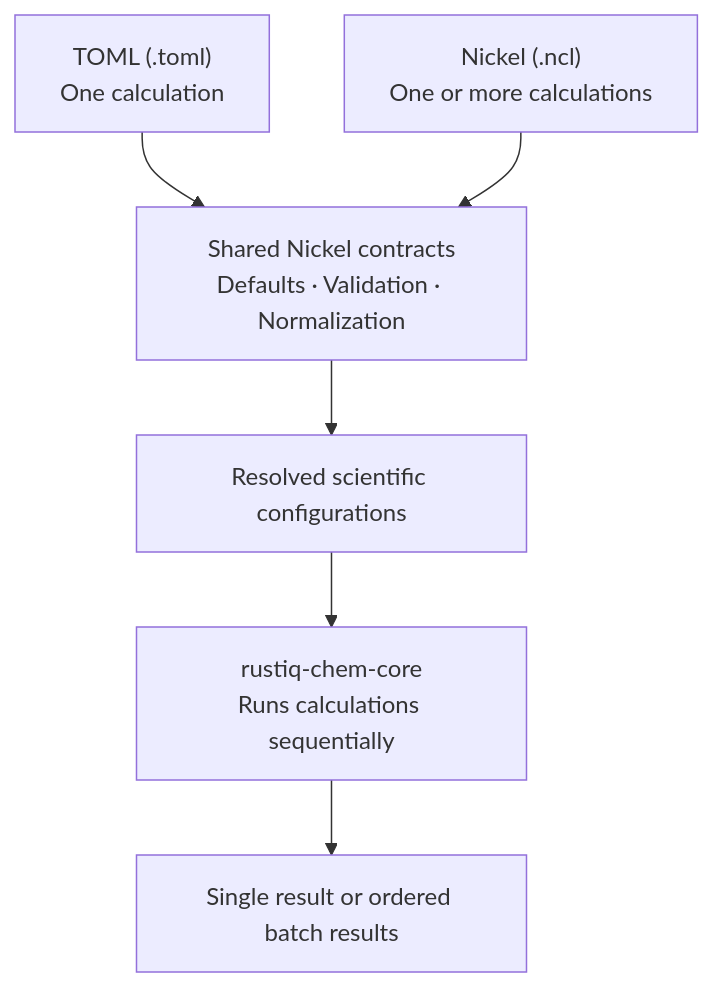
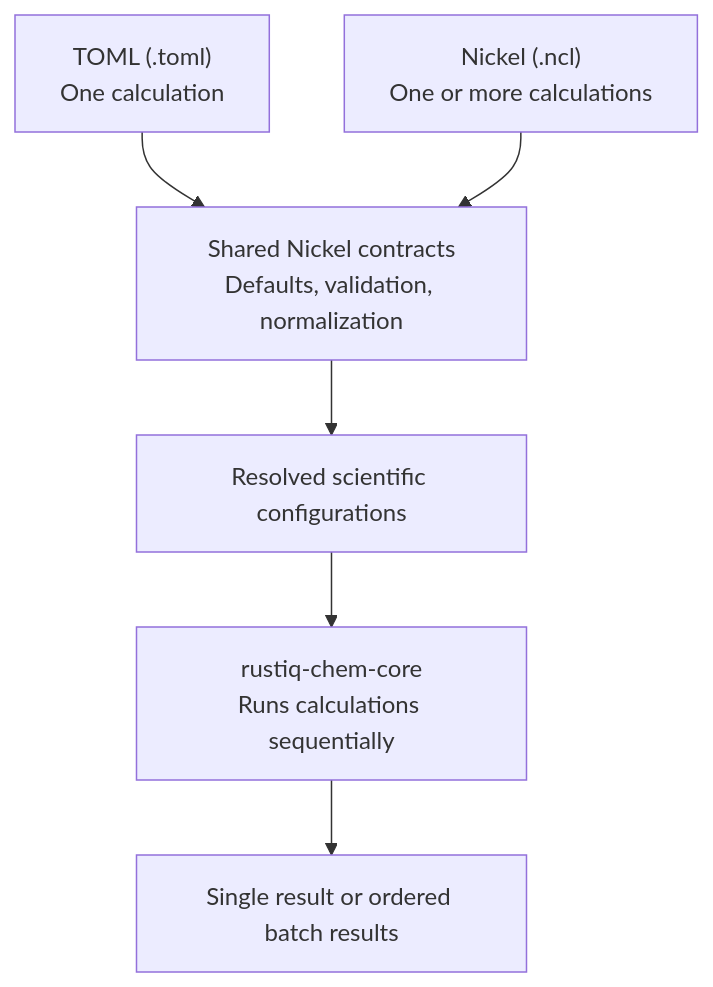
The diagram in docs/src/introduction.md (mveril/RustiQ), drawn with Mermaid before and after one commit.

Commit message:
Fix mermaid graph

````diff
--- a/docs/src/introduction.md
+++ b/docs/src/introduction.md
@@ -18,9 +18,24 @@
 ```mermaid
+---
+config:
+  flowchart:
+    htmlLabels: false
+---
 flowchart TD
-    TOML["TOML (.toml)<br/>One calculation"] --> CONTRACTS
-    NICKEL["Nickel (.ncl)<br/>One or more calculations"] --> CONTRACTS
-    CONTRACTS["Shared Nickel contracts<br/>Defaults · Validation · Normalization"] --> INPUTS
-    INPUTS["Resolved scientific configurations"] --> CORE
-    CORE["rustiq-chem-core<br/>Runs calculations sequentially"] --> RESULTS
+    TOML["`TOML (.toml)
+One calculation`"]
+    NICKEL["`Nickel (.ncl)
+One or more calculations`"]
+    CONTRACTS["`Shared Nickel contracts
+Defaults, validation, normalization`"]
+    INPUTS["Resolved scientific configurations"]
+    CORE["`rustiq-chem-core
+Runs calculations sequentially`"]
     RESULTS["Single result or ordered batch results"]
+
+    TOML --> CONTRACTS
+    NICKEL --> CONTRACTS
+    CONTRACTS --> INPUTS
+    INPUTS --> CORE
+    CORE --> RESULTS
 ```
````
